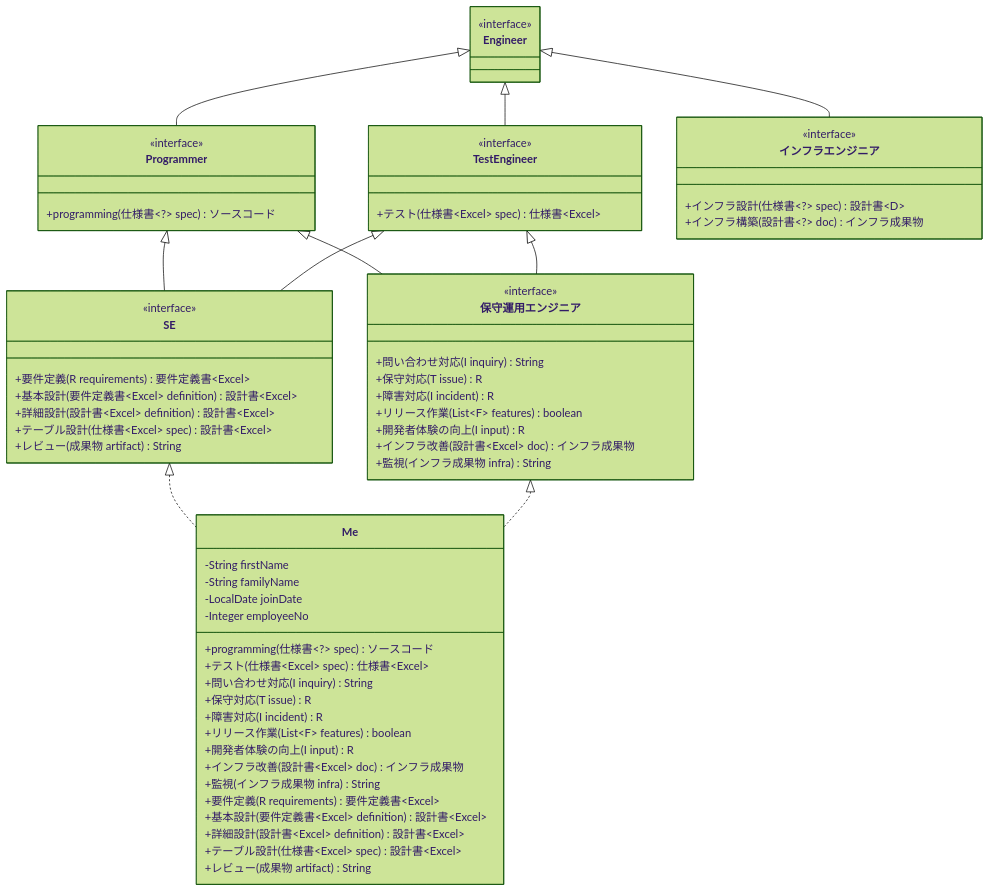
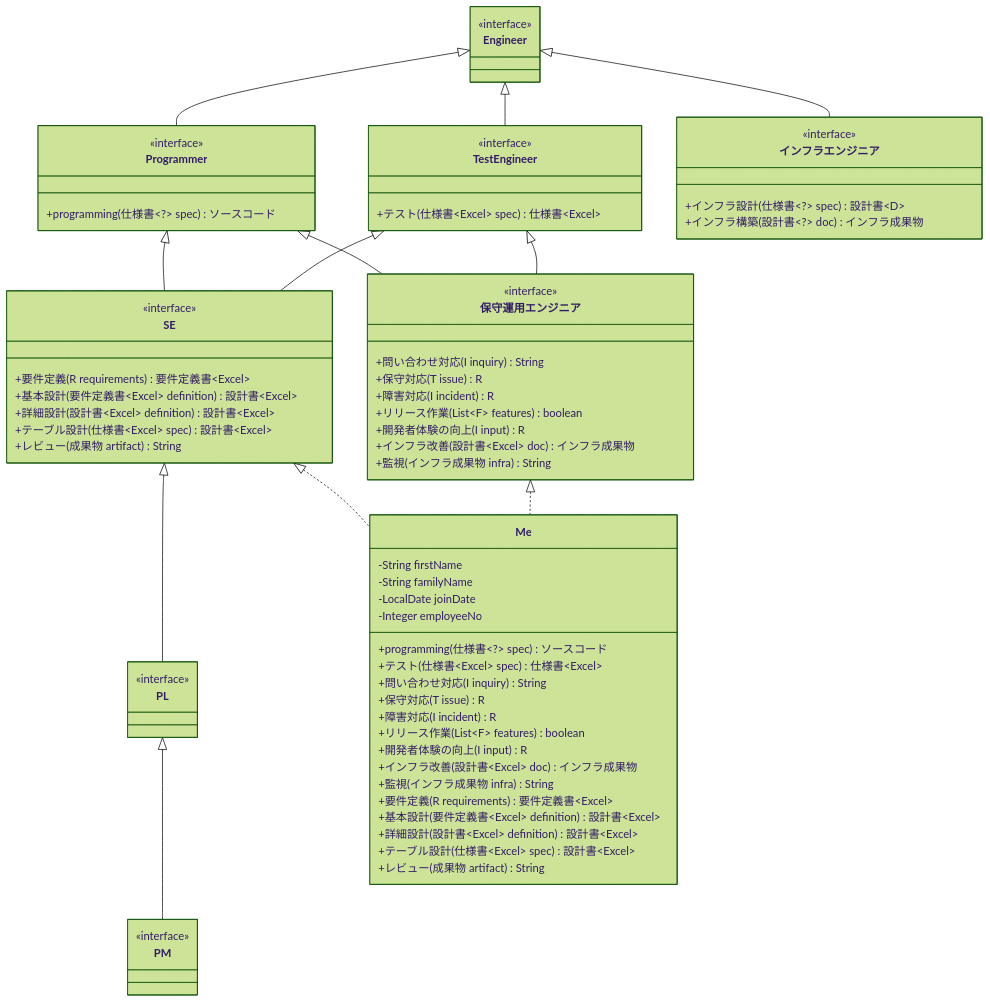
Before and after one commit to gn5r/company: the second of 2 diagrams in README.md, drawn with Mermaid (forest theme). The commit also changed 2 other files, not shown here.

Commit message:
feat: Add PM and PL roles to SIer module and update class diagram

```diff
--- a/README.md
+++ b/README.md
@@ -178,6 +178,14 @@
     }
 
     %% ==================== SIer Engineer Roles ====================
+    class PM {
+        <<interface>>
+    }
+
+    class PL {
+        <<interface>>
+    }
+
     class TestEngineer {
         <<interface>>
         +テスト(仕様書~Excel~ spec) 仕様書~Excel~
@@ -236,6 +244,8 @@
 
     Programmer <|-- SE
     TestEngineer <|-- SE
+    SE <|-- PL
+    PL <|-- PM
 
     Programmer <|-- 保守運用エンジニア
     TestEngineer <|-- 保守運用エンジニア
```
